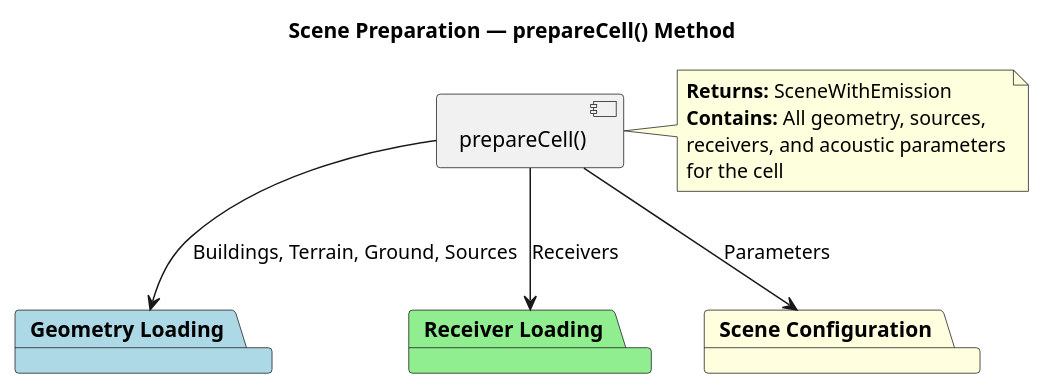
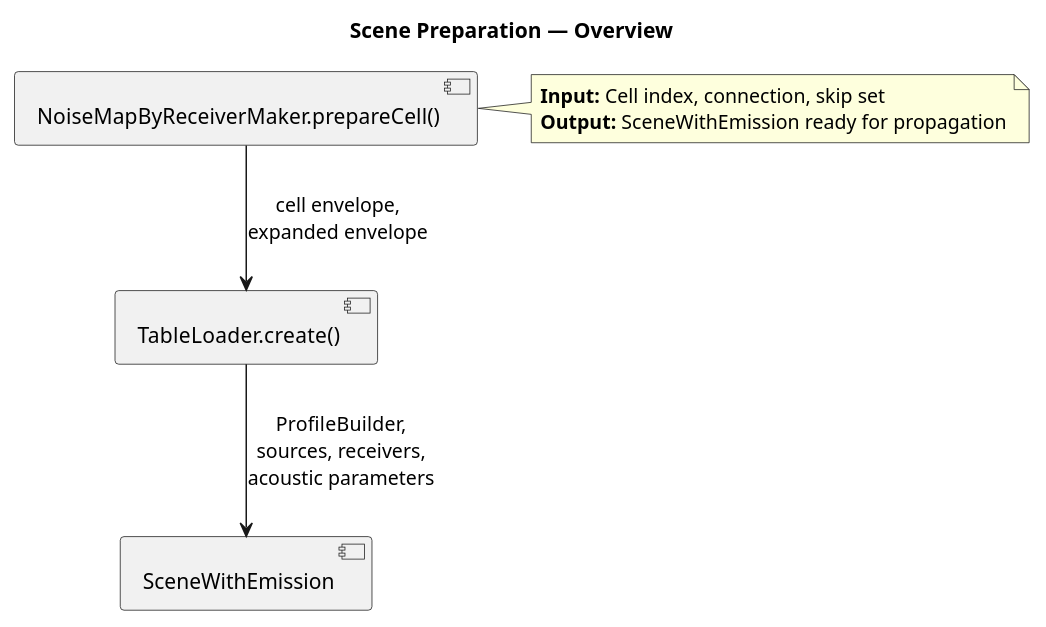
Before and after one commit to jtagusari/NoiseModelling: the third of 6 diagrams in Docs-dev/noisemapbyreceivermaker_algorithms.md, drawn with PlantUML. The commit also changed other lines of this file and 22 other files, not shown here.

````diff
--- a/Docs-dev/noisemapbyreceivermaker_algorithms.md
+++ b/Docs-dev/noisemapbyreceivermaker_algorithms.md
@@ -180,28 +190,20 @@
 ```plantuml
 @startuml
-title Scene Preparation — prepareCell() Method
+title Scene Preparation — Overview
 
-[prepareCell()] as prepare
+[NoiseMapByReceiverMaker.prepareCell()] as prepareCell
 
-package "Geometry Loading" #LightBlue {
-}
+[TableLoader.create()] as create
 
-package "Receiver Loading" #LightGreen {
-}
+[SceneWithEmission] as scene
 
-package "Scene Configuration" #LightYellow {
-}
+prepareCell --> create : cell envelope,\nexpanded envelope
+create --> scene : ProfileBuilder,\nsources, receivers,\nacoustic parameters
 
-prepare --> "Geometry Loading" : Buildings, Terrain, Ground, Sources
-prepare --> "Receiver Loading" : Receivers
-prepare --> "Scene Configuration" : Parameters
-
-note right of prepare
-  **Returns:** SceneWithEmission
-  **Contains:** All geometry, sources,
-  receivers, and acoustic parameters
-  for the cell
+note right of prepareCell
+  **Input:** Cell index, connection, skip set
+  **Output:** SceneWithEmission ready for propagation
 end note
 
 @enduml
 ```
````
